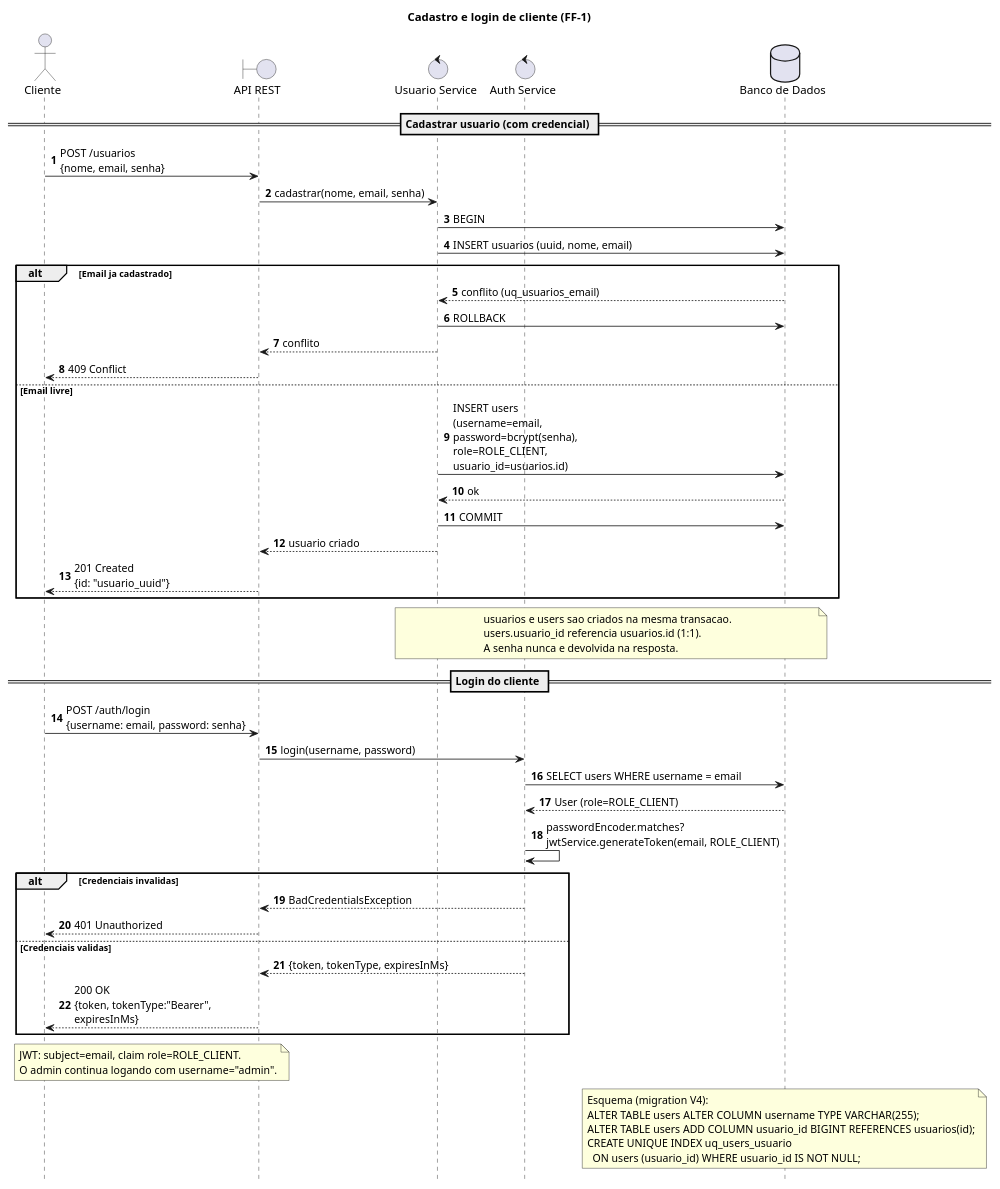
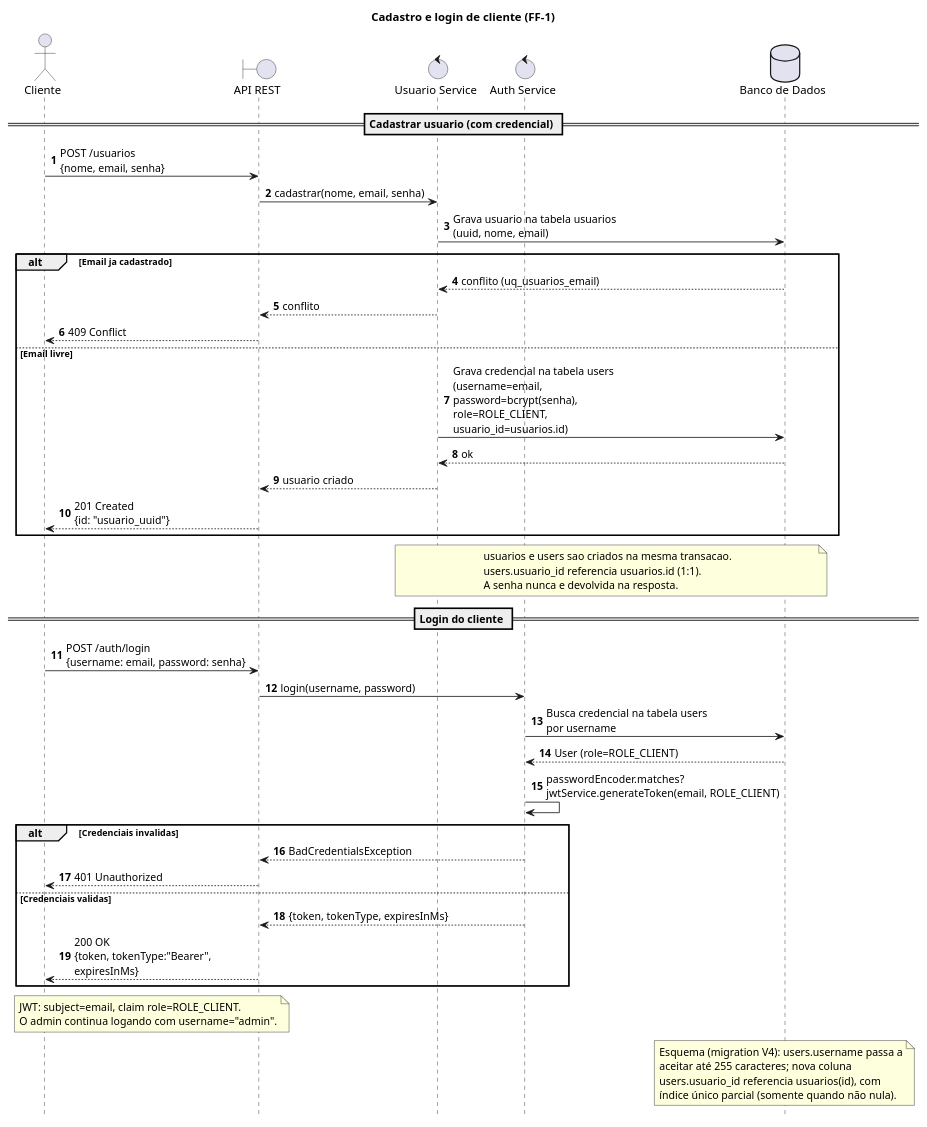
The diagram in docs/adesao/login-cliente-sequencia.puml (fabriciosouza21/assinatura), drawn with PlantUML before and after one commit. The commit also changed 18 other files, not shown here.

First line of the commit message:
docs: sincroniza diagramas plantuml com a implementacao atual

```diff
--- a/docs/adesao/login-cliente-sequencia.puml
+++ b/docs/adesao/login-cliente-sequencia.puml
@@ -1,69 +1,65 @@
 @startuml
 title Cadastro e login de cliente (FF-1)
 
 autonumber
 hide footbox
 skinparam responseMessageBelowArrow true
 
 actor Cliente
 boundary "API REST" as API
 control "Usuario Service" as US
 control "Auth Service" as AS
 database "Banco de Dados" as DB
 
 == Cadastrar usuario (com credencial) ==
 
 Cliente -> API: POST /usuarios\n{nome, email, senha}
 API -> US: cadastrar(nome, email, senha)
-US -> DB: BEGIN
-US -> DB: INSERT usuarios (uuid, nome, email)
+US -> DB: Grava usuario na tabela usuarios\n(uuid, nome, email)
 
 alt Email ja cadastrado
     DB --> US: conflito (uq_usuarios_email)
-    US -> DB: ROLLBACK
     US --> API: conflito
     API --> Cliente: 409 Conflict
 else Email livre
-    US -> DB: INSERT users\n(username=email,\npassword=bcrypt(senha),\nrole=ROLE_CLIENT,\nusuario_id=usuarios.id)
+    US -> DB: Grava credencial na tabela users\n(username=email,\npassword=bcrypt(senha),\nrole=ROLE_CLIENT,\nusuario_id=usuarios.id)
     DB --> US: ok
-    US -> DB: COMMIT
     US --> API: usuario criado
     API --> Cliente: 201 Created\n{id: "usuario_uuid"}
 end
 
 note over US, DB
   usuarios e users sao criados na mesma transacao.
   users.usuario_id referencia usuarios.id (1:1).
   A senha nunca e devolvida na resposta.
 end note
 
 == Login do cliente ==
 
 Cliente -> API: POST /auth/login\n{username: email, password: senha}
 API -> AS: login(username, password)
-AS -> DB: SELECT users WHERE username = email
+AS -> DB: Busca credencial na tabela users\npor username
 DB --> AS: User (role=ROLE_CLIENT)
 AS -> AS: passwordEncoder.matches?\njwtService.generateToken(email, ROLE_CLIENT)
 
 alt Credenciais invalidas
     AS --> API: BadCredentialsException
     API --> Cliente: 401 Unauthorized
 else Credenciais validas
     AS --> API: {token, tokenType, expiresInMs}
     API --> Cliente: 200 OK\n{token, tokenType:"Bearer",\nexpiresInMs}
 end
 
 note over Cliente, API
   JWT: subject=email, claim role=ROLE_CLIENT.
   O admin continua logando com username="admin".
 end note
 
 note over DB
-  Esquema (migration V4):
-  ALTER TABLE users ALTER COLUMN username TYPE VARCHAR(255);
-  ALTER TABLE users ADD COLUMN usuario_id BIGINT REFERENCES usuarios(id);
-  CREATE UNIQUE INDEX uq_users_usuario
-    ON users (usuario_id) WHERE usuario_id IS NOT NULL;
+  Esquema (migration V4): users.username passa a
+  aceitar até 255 caracteres; nova coluna
+  users.usuario_id referencia usuarios(id), com
+  índice único parcial (somente quando não nula).
 end note
 
 @enduml
```
